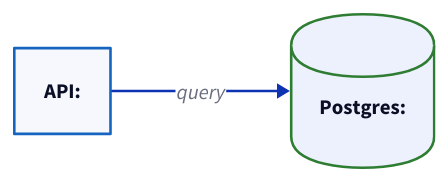
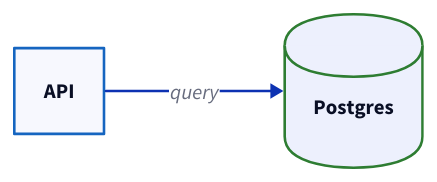
The fifth of 9 diagrams in adapters/claude-code/plugin/skills/diagrams/SKILL.md (noamsto/agent-carousel), drawn with D2 before and after one commit. The commit also changed other lines of this file, not shown here.

Commit message:
fix(diagrams): correct example labels, sketch-via-hook framing, ELK claim

````diff
--- a/adapters/claude-code/plugin/skills/diagrams/SKILL.md
+++ b/adapters/claude-code/plugin/skills/diagrams/SKILL.md
@@ -151,10 +150,10 @@
 ```d2
 direction: right
 classes: {
   svc:   { style: { stroke: "#1565C0"; stroke-width: 2 } }
   store: { shape: cylinder; style: { stroke: "#2E7D32"; stroke-width: 2 } }
 }
-api: API: { class: svc }
-db: Postgres: { class: store }
+api: API { class: svc }
+db: Postgres { class: store }
 api -> db: query
 ```
````
